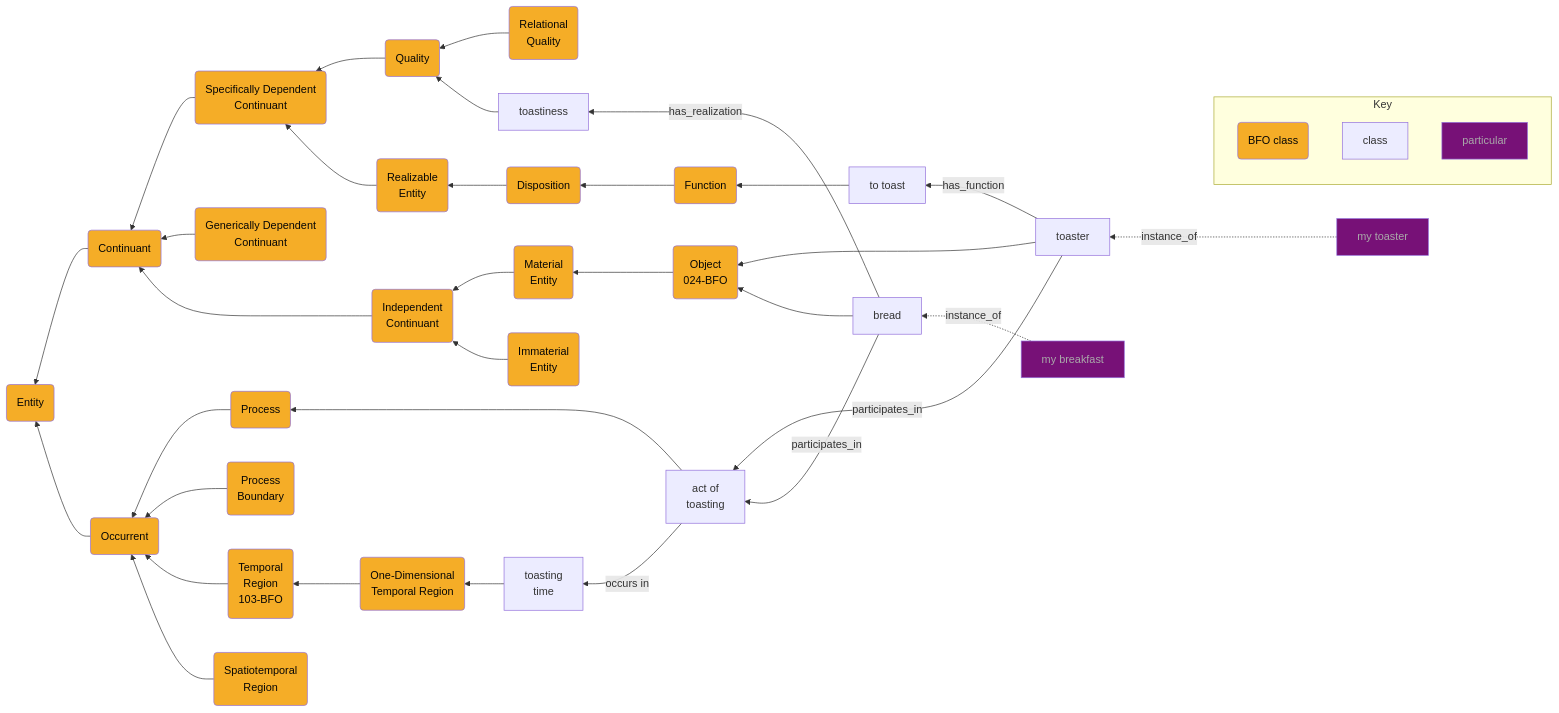
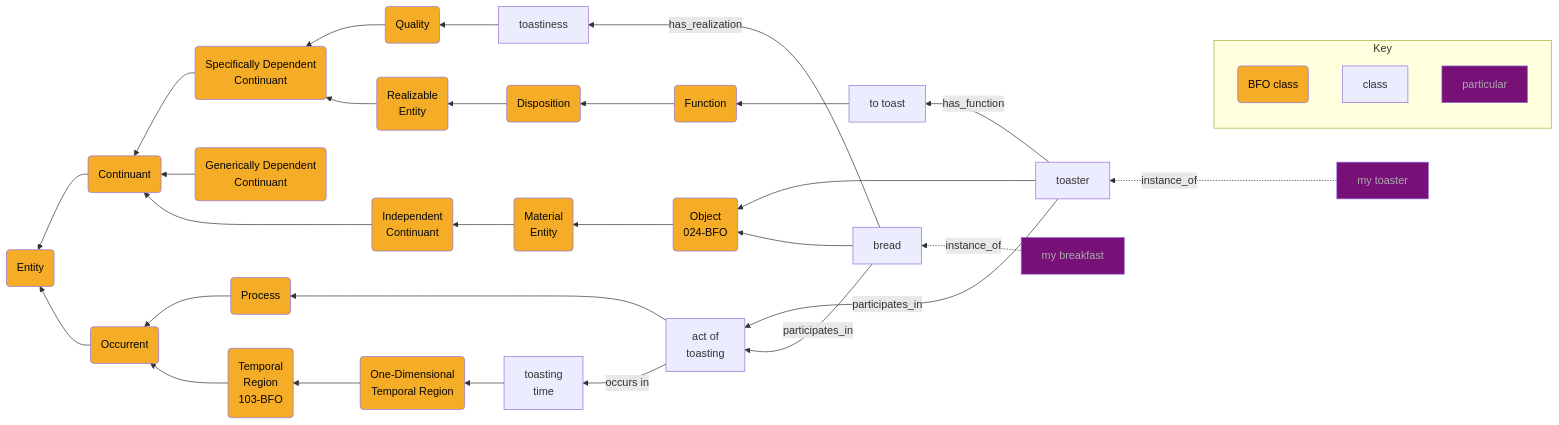
Before and after one commit to John-D-4/design-patterns: the diagram in design-patterns/pattern1.md, drawn with Mermaid. The commit also changed other lines of this file, not shown here.

````diff
--- a/design-patterns/pattern1.md
+++ b/design-patterns/pattern1.md
@@ -50,59 +50,59 @@
  ```mermaid
 
 graph RL
 
 	B(Continuant)-->A(Entity):::BFO
 	D(Specifically Dependent<br> Continuant)-->B(Continuant):::BFO
 	E(Generically Dependent<br> Continuant):::BFO-->B(Continuant)
 	F(Independent<br> Continuant)-->B(Continuant)
 	G(Material Entity)-->F(Independent<br> Continuant):::BFO
-	H(Immaterial<br> Entity):::BFO-->F(Independent<br> Continuant)
+
 	I(Quality):::BFO-->D(Specifically Dependent<br> Continuant):::BFO
 	J(Realizable<br> Entity):::BFO-->D(Specifically Dependent<br> Continuant)
-	K(Relational<br> Quality):::BFO-->I(Quality):::BFO
+
 
 	M(Disposition):::BFO-->J(Realizable<br> Entity)
 	N(Function):::BFO-->M(Disposition)
 
 
 	Z(Object<br />024-BFO):::BFO-->G(Material<br> Entity):::BFO
 	C(Occurrent):::BFO-->A(Entity):::BFO
 	AA(Process):::BFO-->C(Occurrent):::BFO
-	AB(Process<br> Boundary):::BFO-->C(Occurrent)
+
 	AC(Temporal<br> Region):::BFO-->C(Occurrent)
-	AD(Spatiotemporal<br> Region):::BFO-->C(Occurrent)
+
 	
 	AI(One-Dimensional<br> Temporal Region):::BFO-->AC(Temporal<br> Region<br />103-BFO):::BFO
 	
 	IA[toastiness] --> I
 		
     	ZA[toaster] --> Z
 	
 	
 	ZA -- has_function --> NA
 		ZAA[my toaster]:::p -. instance_of .-> ZA
 		ZA -- participates_in --> AAA
 	ZB[bread] --> Z
 		ZBA[my breakfast]:::p -. instance_of .-> ZB
 	ZB -- has_realization --> IA
 		AAA[act of<br />toasting] --> AA(Process)
 		AAA -- occurs in --> AFA
 		ZB -- participates_in --> AAA
 		
 	
 	NA[to toast] --> N(Function)
 	
 		AFA[toasting<br />time] --> AI
 
 
 
 subgraph Key
 K00(BFO class):::BFO
 K01[class]
 K02[particular]:::p
 end
     classDef BFO fill:#F5AD27,color:#060606
     classDef p fill:#771177,color:#AAAAAA
 
 	
 ```
````
